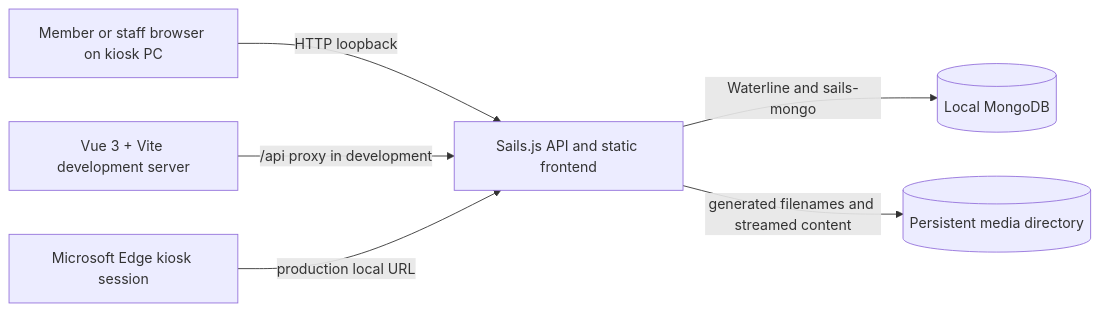
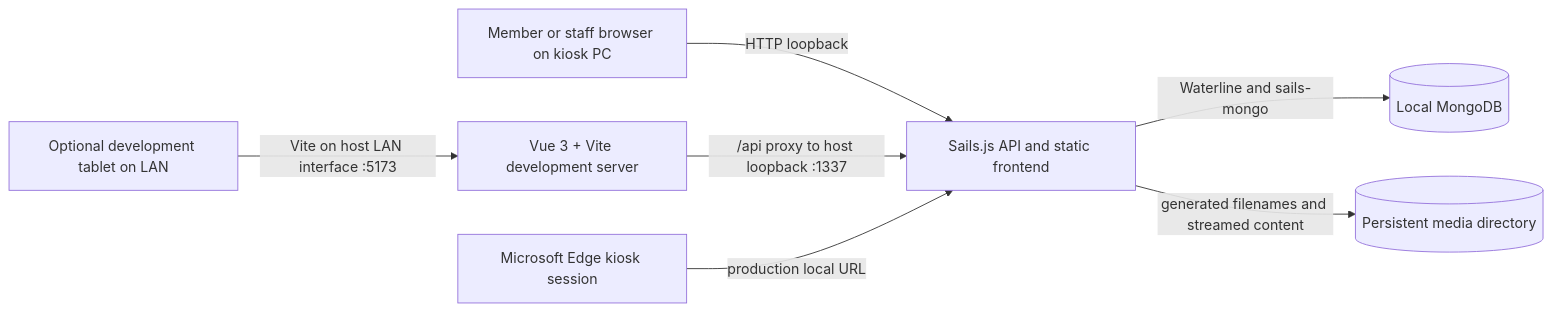
Before and after one commit to Ivan3851/GymGuide: the diagram in docs/ARCHITECTURE.md, drawn with Mermaid. The commit also changed other lines of this file and 6 other files, not shown here.

````diff
--- a/docs/ARCHITECTURE.md
+++ b/docs/ARCHITECTURE.md
@@ -5,8 +5,9 @@
 ```mermaid
 flowchart LR
   Member[Member or staff browser on kiosk PC] -->|HTTP loopback| Sails[Sails.js API and static frontend]
-  Vite[Vue 3 + Vite development server] -->|/api proxy in development| Sails
+  Tablet[Optional development tablet on LAN] -->|Vite on host LAN interface :5173| Vite[Vue 3 + Vite development server]
+  Vite -->|/api proxy to host loopback :1337| Sails
   Sails -->|Waterline and sails-mongo| Mongo[(Local MongoDB)]
   Sails -->|generated filenames and streamed content| Disk[(Persistent media directory)]
   Edge[Microsoft Edge kiosk session] -->|production local URL| Sails
 ```
````
